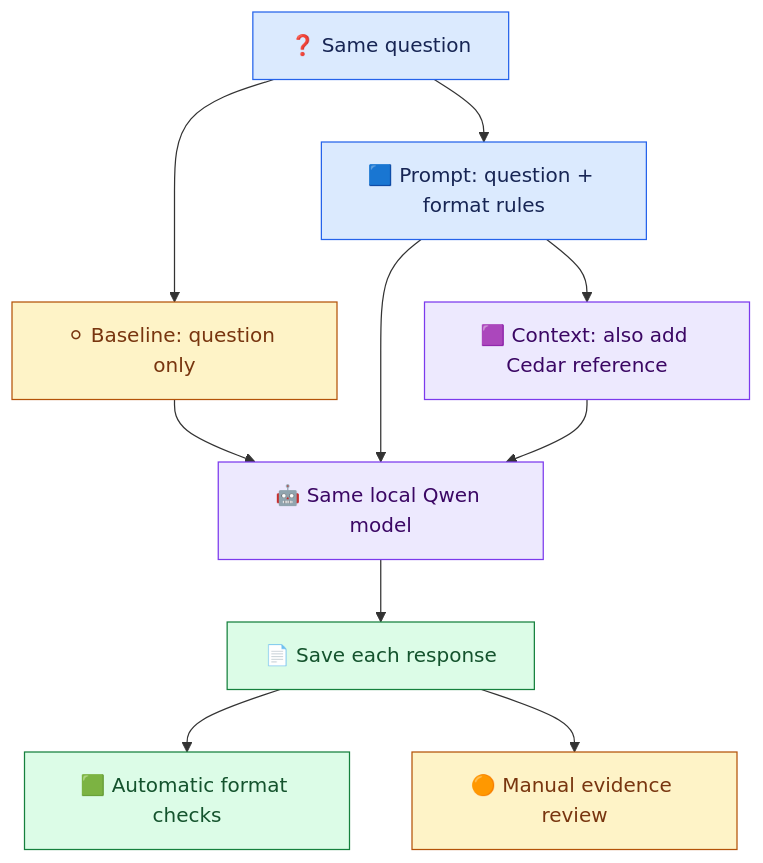
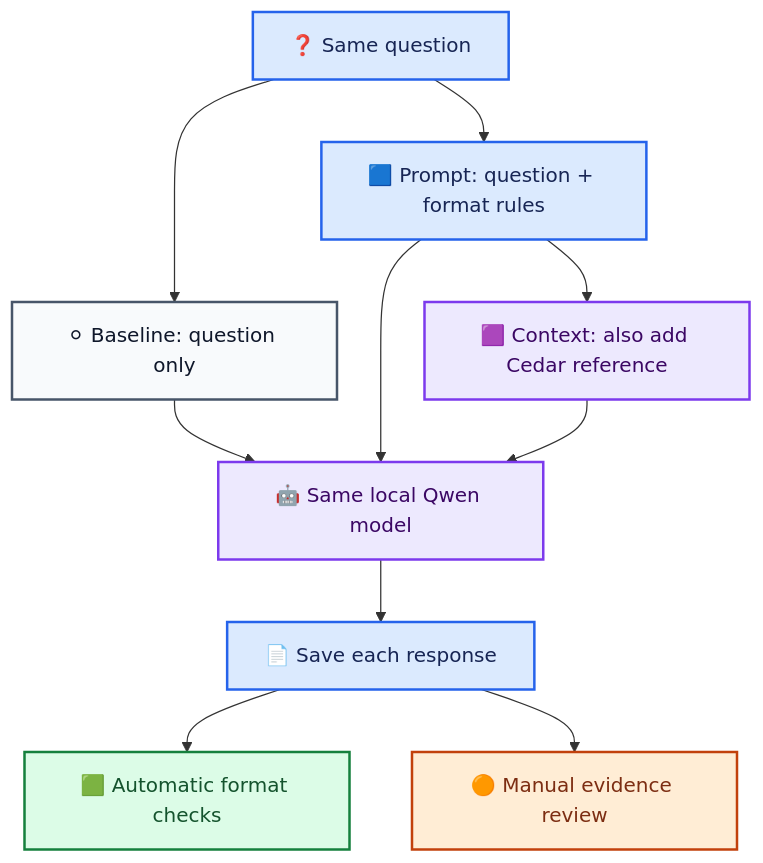
One commit to anne500/prompt-context-engineering-agent changed the diagram in README.md. Above: the diagram before and after it, drawn with Mermaid. The commit also changed other lines of this file, not shown here.

Commit message:
Apply shared architecture colors and visual conventions

````diff
--- a/README.md
+++ b/README.md
@@ -65,20 +67,27 @@
 ```mermaid
 flowchart TD
     Q["❓ Same question"] --> B["⚪ Baseline: question only"]
     Q --> P["🟦 Prompt: question + format rules"]
     P --> C["🟪 Context: also add Cedar reference"]
     B --> M["🤖 Same local Qwen model"]
     P --> M
     C --> M
     M --> L["📄 Save each response"]
     L --> V["🟩 Automatic format checks"]
     L --> R["🟠 Manual evidence review"]
-    classDef blue fill:#DBEAFE,stroke:#2563EB,color:#172554
-    classDef purple fill:#EDE9FE,stroke:#7C3AED,color:#3B0764
-    classDef green fill:#DCFCE7,stroke:#15803D,color:#14532D
-    classDef amber fill:#FEF3C7,stroke:#B45309,color:#78350F
-    class Q,P blue
-    class C,M purple
-    class L,V green
-    class B,R amber
+
+    %% Shared architecture palette: see VISUAL_STYLE.md
+    classDef default fill:#F8FAFC,stroke:#475569,color:#0F172A,stroke-width:2px;
+    classDef process fill:#DBEAFE,stroke:#2563EB,color:#172554,stroke-width:2px;
+    classDef model fill:#EDE9FE,stroke:#7C3AED,color:#3B0764,stroke-width:2px;
+    classDef store fill:#CCFBF1,stroke:#0F766E,color:#134E4A,stroke-width:2px;
+    classDef decision fill:#FEF3C7,stroke:#B45309,color:#78350F,stroke-width:2px;
+    classDef human fill:#FFEDD5,stroke:#C2410C,color:#7C2D12,stroke-width:2px;
+    classDef output fill:#DCFCE7,stroke:#15803D,color:#14532D,stroke-width:2px;
+    classDef failure fill:#FEE2E2,stroke:#B91C1C,color:#7F1D1D,stroke-width:2px;
+    class B default;
+    class Q,P,L process;
+    class C,M model;
+    class R human;
+    class V output;
 ```
````
